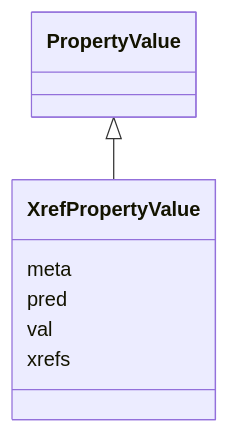
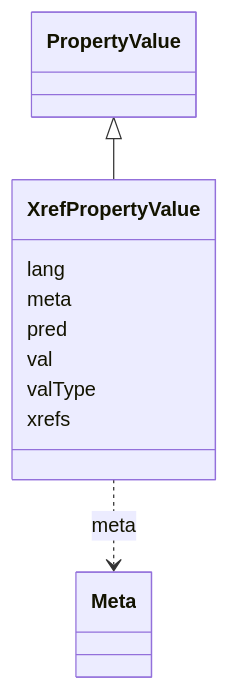
The diagram in docs/datamodels/obograph/XrefPropertyValue.md (INCATools/ontology-access-kit), drawn with Mermaid before and after one commit. The commit also changed other lines of this file and 521 other files, not shown here.

````diff
--- a/docs/datamodels/obograph/XrefPropertyValue.md
+++ b/docs/datamodels/obograph/XrefPropertyValue.md
@@ -8,11 +11,21 @@
 ```{mermaid}
  classDiagram
     class XrefPropertyValue
       PropertyValue <|-- XrefPropertyValue
       
+      XrefPropertyValue : lang
+        
       XrefPropertyValue : meta
+        
+          XrefPropertyValue ..> Meta : meta
+        
       XrefPropertyValue : pred
+        
       XrefPropertyValue : val
+        
+      XrefPropertyValue : valType
+        
       XrefPropertyValue : xrefs
+        
       
 ```
````
